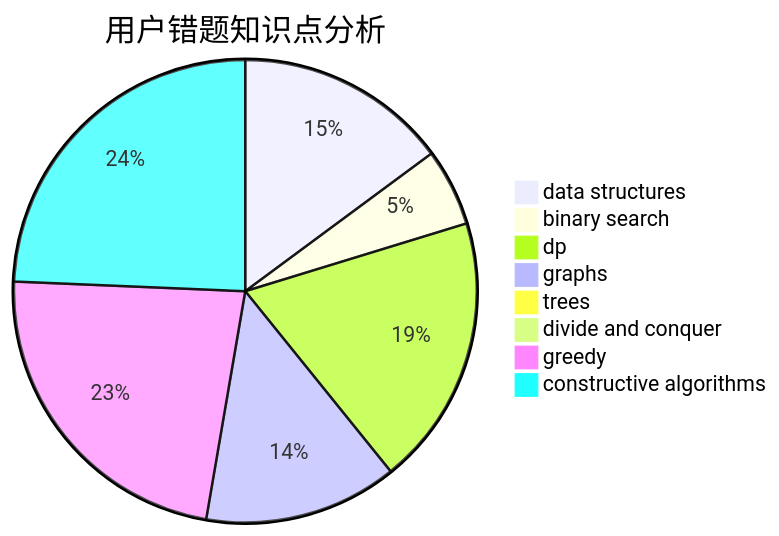
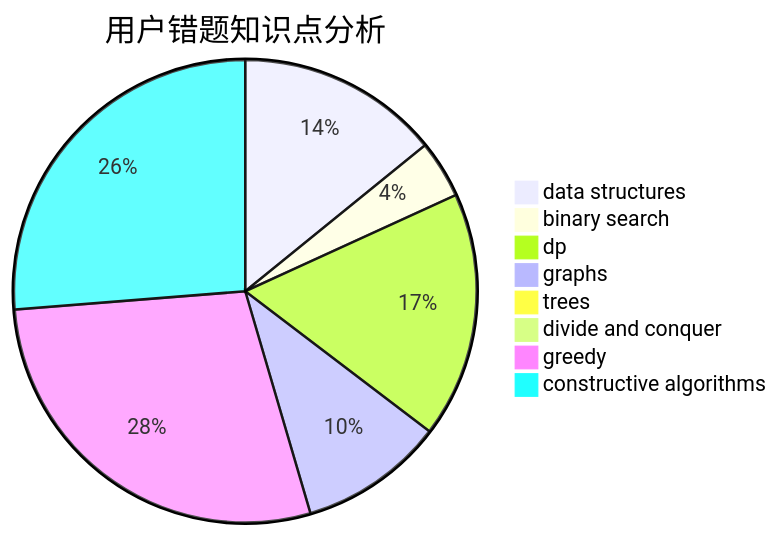
The third of 3 diagrams in docs/user/u1473.md (sherpahu/cfrs.github.io), drawn with Mermaid before and after one commit. The commit also changed other lines of this file and 2770 other files, not shown here.

````diff
--- a/docs/user/u1473.md
+++ b/docs/user/u1473.md
@@ -36,11 +36,11 @@
 ```mermaid
 pie title 用户错题知识点分析
-    "data structures" :  11
+    "data structures" :  14
     "binary search" :  4
-    "dp" :  14
+    "dp" :  17
     "graphs" :  10
     "trees" :  0
     "divide and conquer" :  0
-    "greedy" :  17
-    "constructive algorithms" :  18
+    "greedy" :  28
+    "constructive algorithms" :  26
 ```
````
